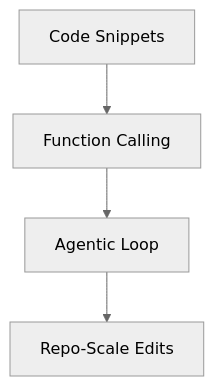
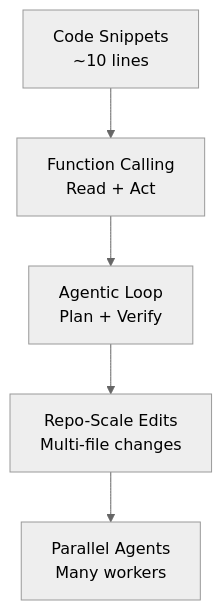
One commit to mldangelo/eairg-coding-agent-talk changed the first of 4 diagrams in slides.md. Above: the diagram before and after it, drawn with Mermaid (neutral theme). The commit also changed other lines of this file, not shown here.

````diff
--- a/slides.md
+++ b/slides.md
@@ -45,6 +52,7 @@
 ```mermaid
 graph TD
-    A["Code Snippets"] --> B["Function Calling"]
-    B --> C["Agentic Loop"]
-    C --> D["Repo-Scale Edits"]
+    A["Code Snippets<br/>~10 lines"] --> B["Function Calling<br/>Read + Act"]
+    B --> C["Agentic Loop<br/>Plan + Verify"]
+    C --> D["Repo-Scale Edits<br/>Multi-file changes"]
+    D --> E["Parallel Agents<br/>Many workers"]
 ```
````
